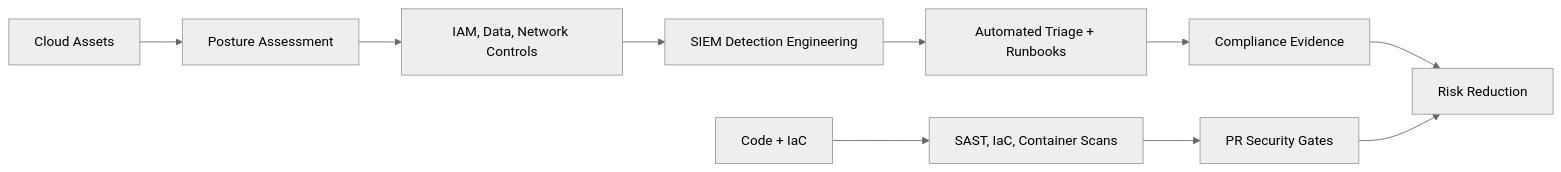
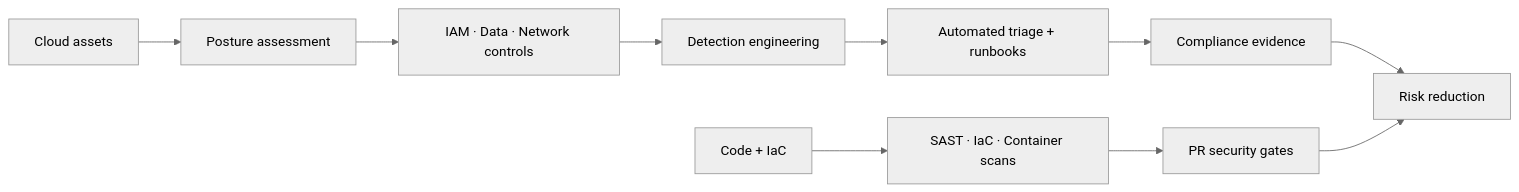
The diagram in README.md (ahmed-raza-shaikh/ahmed-raza-shaikh), drawn with Mermaid (neutral theme) before and after one commit. The commit also changed other lines of this file and 1 other file, not shown here.

````diff
--- a/README.md
+++ b/README.md
@@ -111,13 +50,13 @@
 ```mermaid
 flowchart LR
-    A["Cloud Assets"] --> B["Posture Assessment"]
-    B --> C["IAM, Data, Network Controls"]
-    C --> D["SIEM Detection Engineering"]
-    D --> E["Automated Triage + Runbooks"]
-    E --> F["Compliance Evidence"]
-    F --> G["Risk Reduction"]
+    A["Cloud assets"] --> B["Posture assessment"]
+    B --> C["IAM · Data · Network controls"]
+    C --> D["Detection engineering"]
+    D --> E["Automated triage + runbooks"]
+    E --> F["Compliance evidence"]
+    F --> G["Risk reduction"]
 
-    H["Code + IaC"] --> I["SAST, IaC, Container Scans"]
-    I --> J["PR Security Gates"]
+    H["Code + IaC"] --> I["SAST · IaC · Container scans"]
+    I --> J["PR security gates"]
     J --> G
 ```
````
